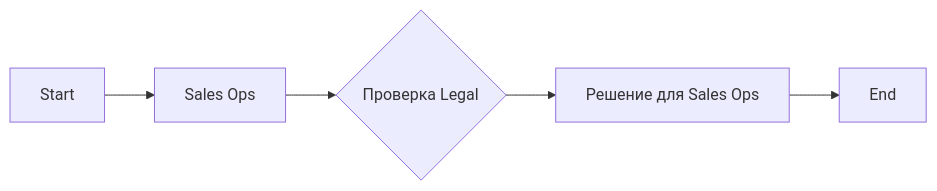
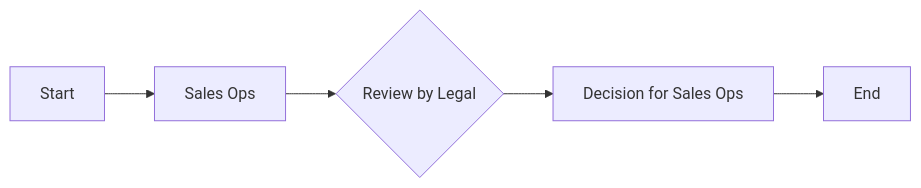
Before and after one commit to bnku/mdmm: the second of 3 diagrams in examples/dist/docs/template-nested.md, drawn with Mermaid. The commit also changed other lines of this file and 20 other files, not shown here.

First line of the commit message:
refactor(core): rename whole-diagram to diagram terminology

````diff
--- a/examples/dist/docs/template-nested.md
+++ b/examples/dist/docs/template-nested.md
@@ -15,8 +15,8 @@
 ```mermaid
 flowchart LR
 Start --> lane__entry
 lane__entry["Sales Ops"]
-lane__entry --> lane__review{"Проверка Legal"}
-lane__review --> lane__done["Решение для Sales Ops"]
+lane__entry --> lane__review{"Review by Legal"}
+lane__review --> lane__done["Decision for Sales Ops"]
 lane__done --> End
 ```
````
